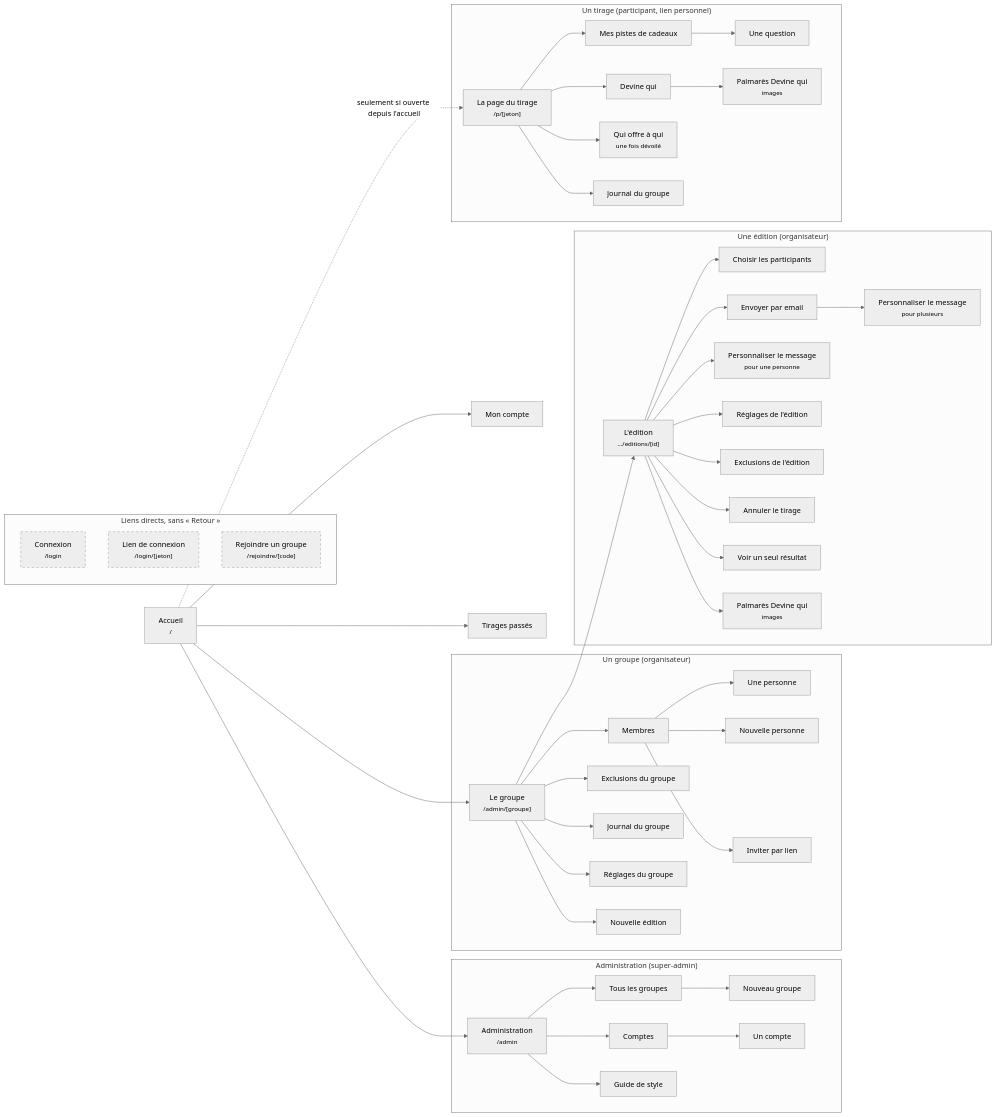
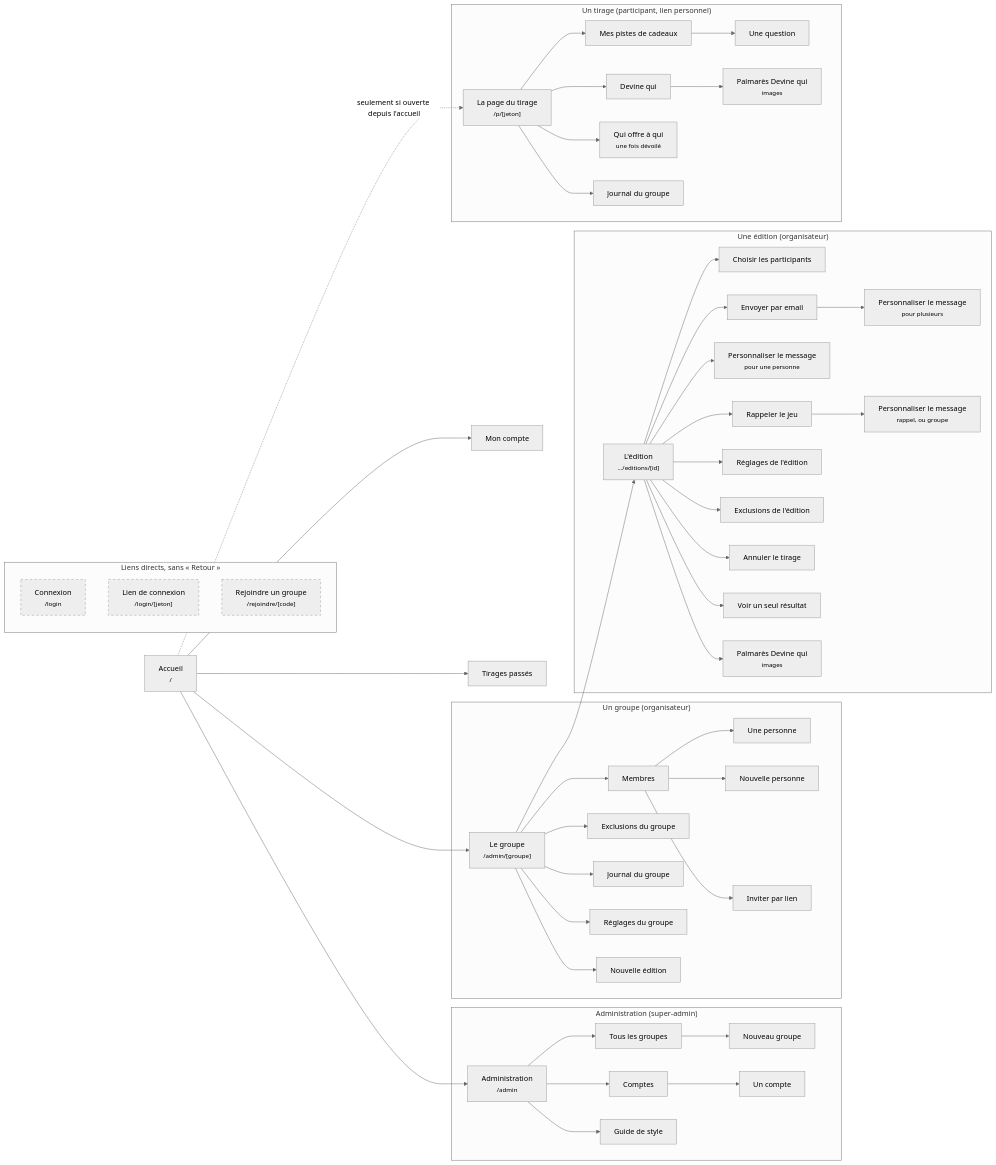
One commit to julienr114/secret-santa changed the diagram in docs/ARBORESCENCE.md. Above: the diagram before and after it, drawn with Mermaid (neutral theme). The commit also changed other lines of this file and 25 other files, not shown here.

First line of the commit message:
feat(guesses): « Rappeler le jeu » becomes a page with two positions

````diff
--- a/docs/ARBORESCENCE.md
+++ b/docs/ARBORESCENCE.md
@@ -9,63 +9,65 @@
 ```mermaid
 flowchart LR
   accueil["Accueil<br/><small>/</small>"]
 
   subgraph entrees ["Liens directs, sans « Retour »"]
     login["Connexion<br/><small>/login</small>"]:::sans
     lien["Lien de connexion<br/><small>/login/[jeton]</small>"]:::sans
     rejoindre["Rejoindre un groupe<br/><small>/rejoindre/[code]</small>"]:::sans
   end
 
   accueil --> compte["Mon compte"]
   accueil --> passes["Tirages passés"]
 
   subgraph admin ["Administration (super-admin)"]
     administration["Administration<br/><small>/admin</small>"]
     administration --> groupes["Tous les groupes"]
     groupes --> nouveauGroupe["Nouveau groupe"]
     administration --> comptes["Comptes"]
     comptes --> unCompte["Un compte"]
     administration --> guide["Guide de style"]
   end
   accueil --> administration
 
   subgraph groupe ["Un groupe (organisateur)"]
     leGroupe["Le groupe<br/><small>/admin/[groupe]</small>"]
     leGroupe --> membres["Membres"]
     membres --> personne["Une personne"]
     membres --> nouvellePersonne["Nouvelle personne"]
     membres --> invitation["Inviter par lien"]
     leGroupe --> exclusionsGroupe["Exclusions du groupe"]
     leGroupe --> journalGroupe["Journal du groupe"]
     leGroupe --> reglagesGroupe["Réglages du groupe"]
     leGroupe --> nouvelleEdition["Nouvelle édition"]
   end
   accueil --> leGroupe
 
   subgraph edition ["Une édition (organisateur)"]
     lEdition["L'édition<br/><small>…/editions/[id]</small>"]
     lEdition --> ajouter["Choisir les participants"]
     lEdition --> emails["Envoyer par email"]
     emails --> messagePlusieurs["Personnaliser le message<br/><small>pour plusieurs</small>"]
     lEdition --> messageUne["Personnaliser le message<br/><small>pour une personne</small>"]
+    lEdition --> rappel["Rappeler le jeu"]
+    rappel --> messageRappel["Personnaliser le message<br/><small>rappel, ou groupe</small>"]
     lEdition --> reglagesEdition["Réglages de l'édition"]
     lEdition --> exclusionsEdition["Exclusions de l'édition"]
     lEdition --> annuler["Annuler le tirage"]
     lEdition --> voir["Voir un seul résultat"]
     lEdition --> palmaresOrga["Palmarès Devine qui<br/><small>images</small>"]
   end
   leGroupe --> lEdition
 
   subgraph tirage ["Un tirage (participant, lien personnel)"]
     page["La page du tirage<br/><small>/p/[jeton]</small>"]
     page --> pistes["Mes pistes de cadeaux"]
     pistes --> question["Une question"]
     page --> devine["Devine qui"]
     devine --> palmares["Palmarès Devine qui<br/><small>images</small>"]
     page --> tout["Qui offre à qui<br/><small>une fois dévoilé</small>"]
     page --> journal["Journal du groupe"]
   end
   accueil -. "seulement si ouverte depuis l'accueil" .-> page
 
   classDef sans stroke-dasharray: 5 5
 ```
````
